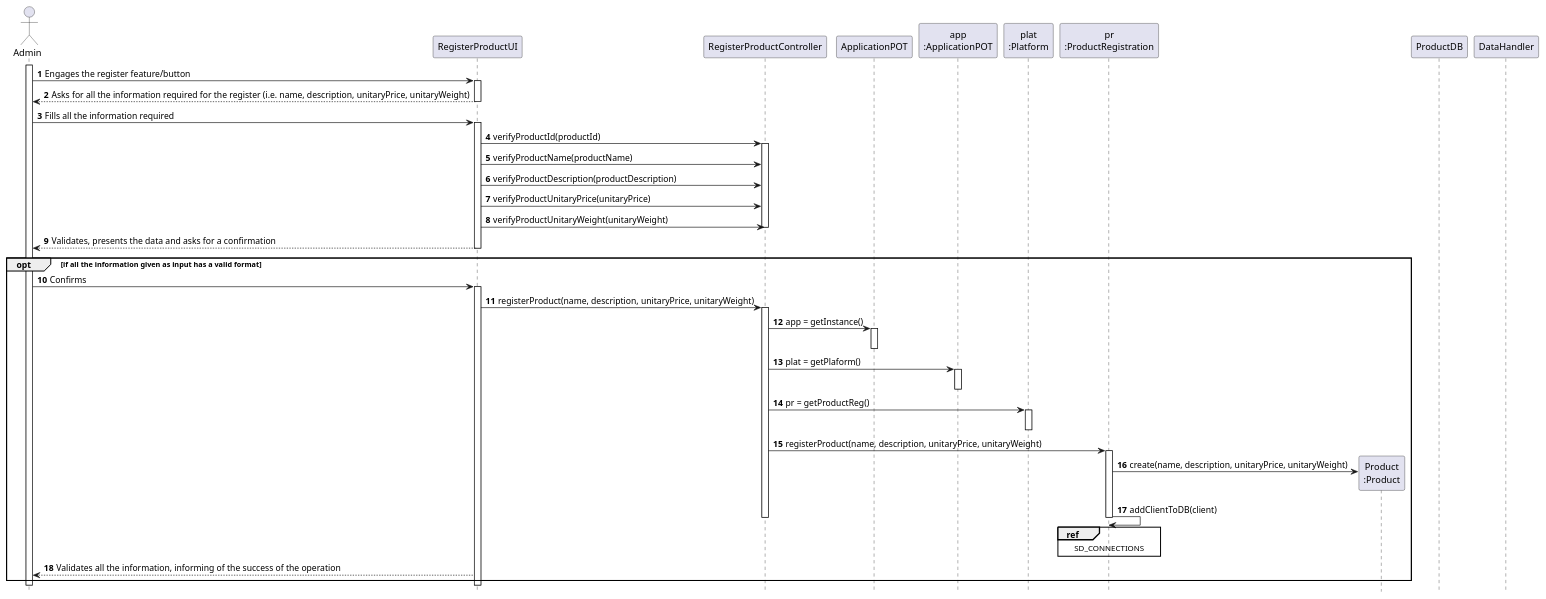
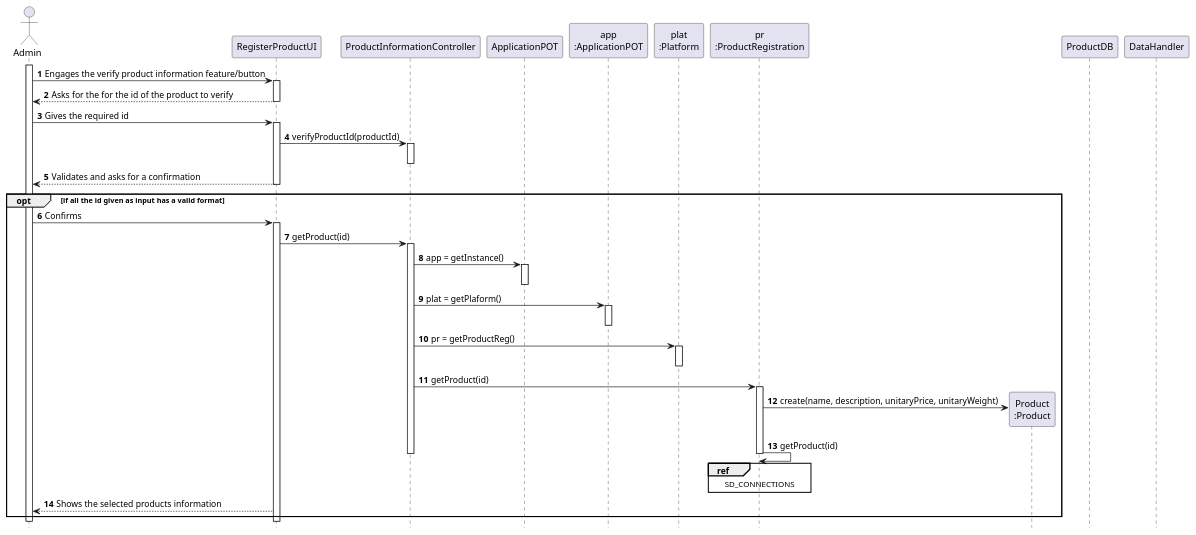
Before and after one commit to tiagoavcosta25/LAPR3: the diagram in docs/Iteration 1/Product Management/US73_ProductInformation/US73_SD.puml, drawn with PlantUML. The commit also changed 10 other files, not shown here.

Commit message:
LAPR2AP2-73 #close Product Information [Analysis] [Design]

```diff
--- a/docs/Iteration 1/Product Management/US73_ProductInformation/US73_SD.puml
+++ b/docs/Iteration 1/Product Management/US73_ProductInformation/US73_SD.puml
@@ -1,84 +1,80 @@
 @startuml
 autonumber
 hide footbox
 
 actor "Admin" as U
 
 participant "RegisterProductUI" as UI
-participant "RegisterProductController" as CTRL
+participant "ProductInformationController" as CTRL
 participant "ApplicationPOT" as _APP
 participant "app\n:ApplicationPOT" as APP
 participant "plat\n:Platform" as PLAT
 participant "pr\n:ProductRegistration" as PREG
 
 participant "Product\n:Product" as PROD
 
 participant "ProductDB" as DB
 participant "DataHandler" as DH
 
 activate U
 
-U -> UI : Engages the register feature/button
+U -> UI : Engages the verify product information feature/button
 activate UI
 
-UI --> U : Asks for all the information required for the register (i.e. name, description, unitaryPrice, unitaryWeight)
+UI --> U : Asks for the for the id of the product to verify
 
 
 deactivate UI
-U -> UI : Fills all the information required
+U -> UI : Gives the required id
 activate UI
 
 
 UI -> CTRL : verifyProductId(productId)
 activate CTRL
-UI -> CTRL : verifyProductName(productName)
-UI -> CTRL : verifyProductDescription(productDescription)
-UI -> CTRL : verifyProductUnitaryPrice(unitaryPrice)
-UI -> CTRL : verifyProductUnitaryWeight(unitaryWeight)
 deactivate CTRL
 
-UI --> U : Validates, presents the data and asks for a confirmation
+UI --> U : Validates and asks for a confirmation
 deactivate UI
 
-opt if all the information given as input has a valid format
+opt if all the id given as input has a valid format
 
 
 U -> UI : Confirms
 activate UI
-UI -> CTRL : registerProduct(name, description, unitaryPrice, unitaryWeight)
+UI -> CTRL : getProduct(id)
 activate CTRL
 CTRL -> _APP: app = getInstance()
 activate _APP
 deactivate _APP
 
 CTRL -> APP: plat = getPlaform()
 activate APP
 deactivate APP
 CTRL -> PLAT : pr = getProductReg()
 activate PLAT
 deactivate PLAT
 
-CTRL -> PREG : registerProduct(name, description, unitaryPrice, unitaryWeight)
+CTRL -> PREG : getProduct(id)
 activate PREG
 
 
 PREG -> PROD** : create(name, description, unitaryPrice, unitaryWeight)
 
-PREG -> PREG : addClientToDB(client)
+PREG -> PREG : getProduct(id)
 ref over PREG
 SD_CONNECTIONS
 end ref
 
 
 deactivate PREG
 
 
 
 deactivate CTRL
-UI --> U : Validates all the information, informing of the success of the operation
+UI --> U : Shows the selected products information
 end opt
 deactivate UI
 deactivate U
 
 
 @enduml
```
